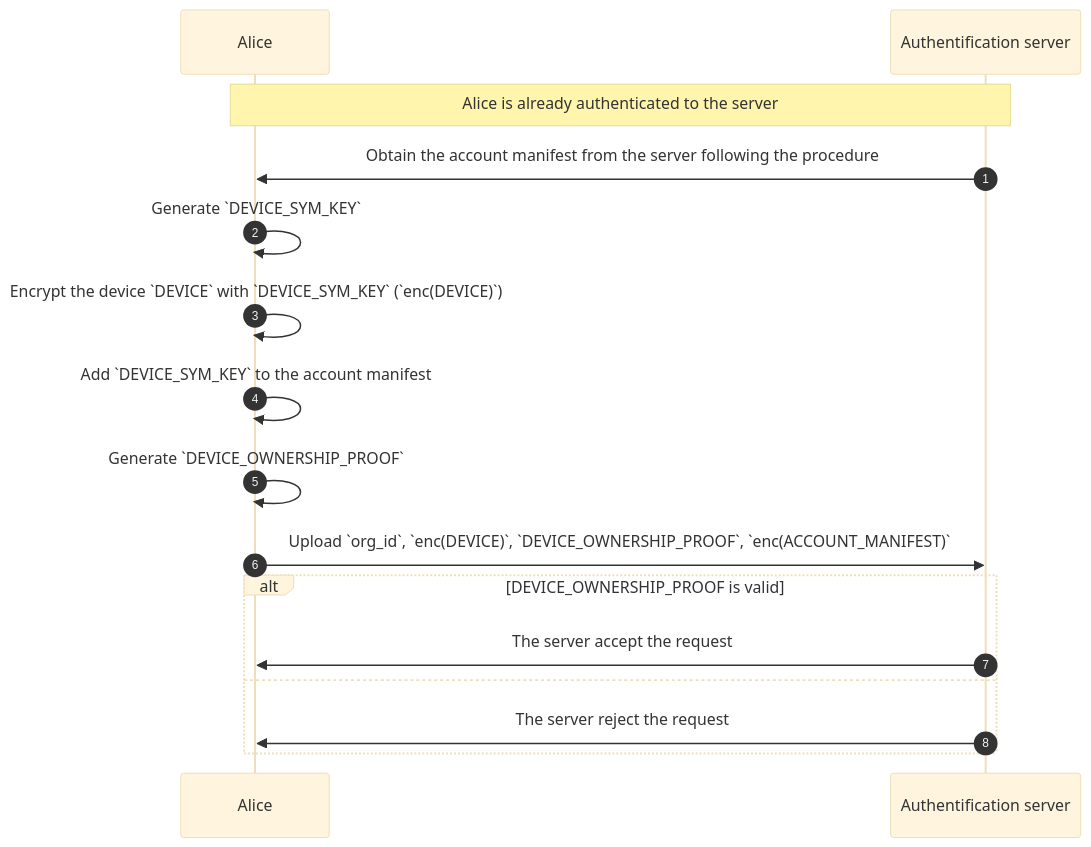
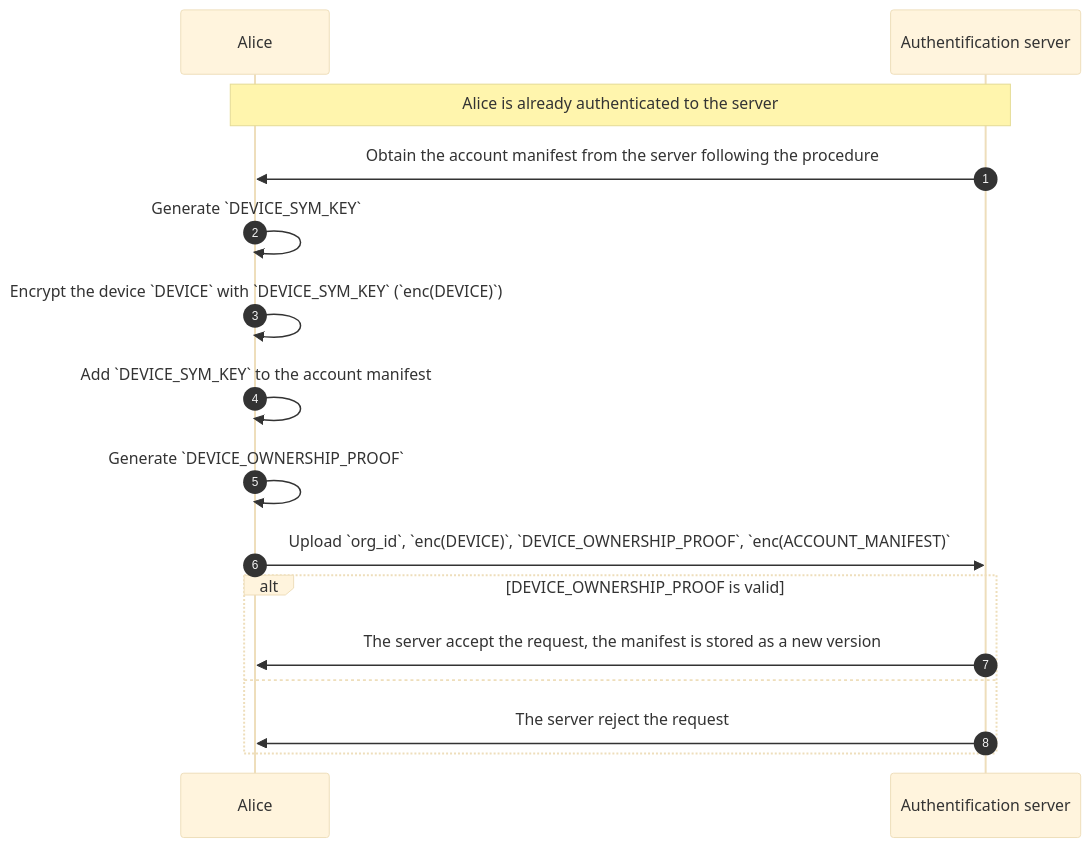
The fourth of 8 diagrams in docs/rfcs/1012-parsec-auth.md (Scille/parsec-cloud), drawn with Mermaid (base theme) before and after one commit. The commit also changed other lines of this file, not shown here.

````diff
--- a/docs/rfcs/1012-parsec-auth.md
+++ b/docs/rfcs/1012-parsec-auth.md
@@ -224,20 +246,20 @@
 ```mermaid
 sequenceDiagram
   autonumber
   participant Alice
   participant S as Authentification server
 
   Note over Alice,S: Alice is already authenticated to the server
 
   S ->> Alice: Obtain the account manifest from the server following the procedure
   Alice ->> Alice: Generate `DEVICE_SYM_KEY`
   Alice ->> Alice: Encrypt the device `DEVICE` with `DEVICE_SYM_KEY` (`enc(DEVICE)`)
   Alice ->> Alice: Add `DEVICE_SYM_KEY` to the account manifest
   Alice ->> Alice: Generate `DEVICE_OWNERSHIP_PROOF`
   Alice ->> S: Upload `org_id`, `enc(DEVICE)`, `DEVICE_OWNERSHIP_PROOF`, `enc(ACCOUNT_MANIFEST)`
   alt DEVICE_OWNERSHIP_PROOF is valid
-    S ->> Alice: The server accept the request
+    S ->> Alice: The server accept the request, the manifest is stored as a new version
   else
     S ->> Alice: The server reject the request
   end
 ```
````
